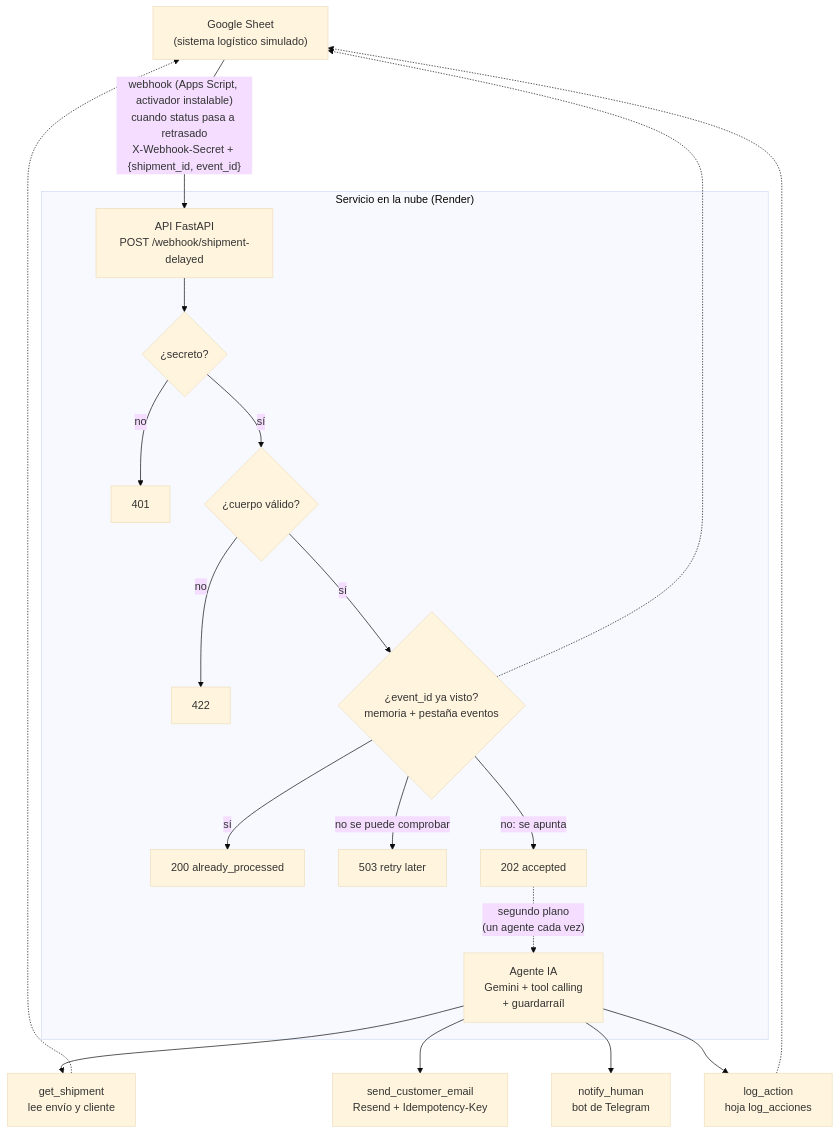
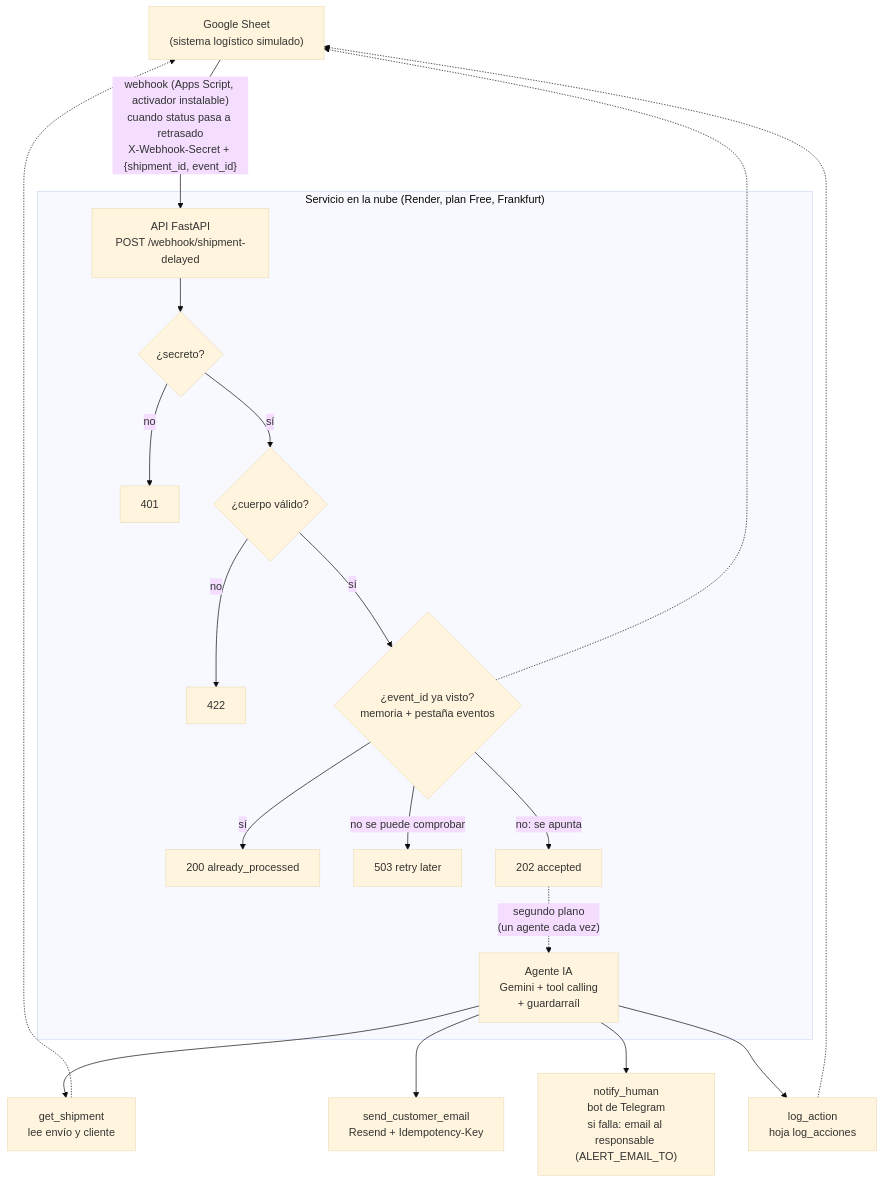
Before and after one commit to stapiaj/agente-logistica: the diagram in docs/contexto/02-arquitectura.md, drawn with Mermaid (base theme). The commit also changed other lines of this file and 1 other file, not shown here.

Commit message:
docs: architecture and plan updated with the Render deployment

````diff
--- a/docs/contexto/02-arquitectura.md
+++ b/docs/contexto/02-arquitectura.md
@@ -5,22 +5,22 @@
 ```mermaid
 flowchart TD
     S["Google Sheet<br/>(sistema logístico simulado)"] -- "webhook (Apps Script, activador instalable)<br/>cuando status pasa a retrasado<br/>X-Webhook-Secret + {shipment_id, event_id}" --> API
-    subgraph Render["Servicio en la nube (Render)"]
+    subgraph Render["Servicio en la nube (Render, plan Free, Frankfurt)"]
         API["API FastAPI<br/>POST /webhook/shipment-delayed"] --> C1{"¿secreto?"}
         C1 -- no --> R401["401"]
         C1 -- sí --> C2{"¿cuerpo válido?"}
         C2 -- no --> R422["422"]
         C2 -- sí --> C3{"¿event_id ya visto?<br/>memoria + pestaña eventos"}
         C3 -- sí --> R200["200 already_processed"]
         C3 -- "no se puede comprobar" --> R503["503 retry later"]
         C3 -- "no: se apunta" --> R202["202 accepted"]
         R202 -. "segundo plano<br/>(un agente cada vez)" .-> AG["Agente IA<br/>Gemini + tool calling<br/>+ guardarraíl"]
     end
     AG --> T1["get_shipment<br/>lee envío y cliente"]
     AG --> T2["send_customer_email<br/>Resend + Idempotency-Key"]
-    AG --> T3["notify_human<br/>bot de Telegram"]
+    AG --> T3["notify_human<br/>bot de Telegram<br/>si falla: email al responsable (ALERT_EMAIL_TO)"]
     AG --> T4["log_action<br/>hoja log_acciones"]
     T1 -.-> S
     T4 -.-> S
     C3 -.-> S
 ```
````
